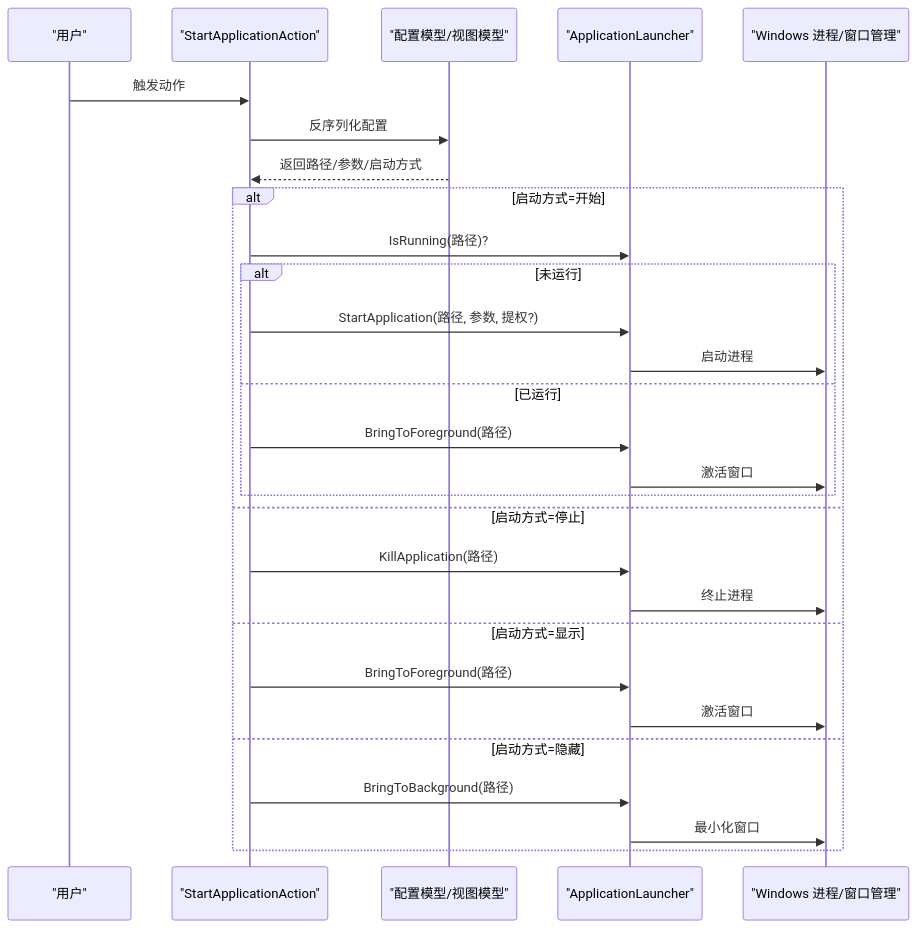
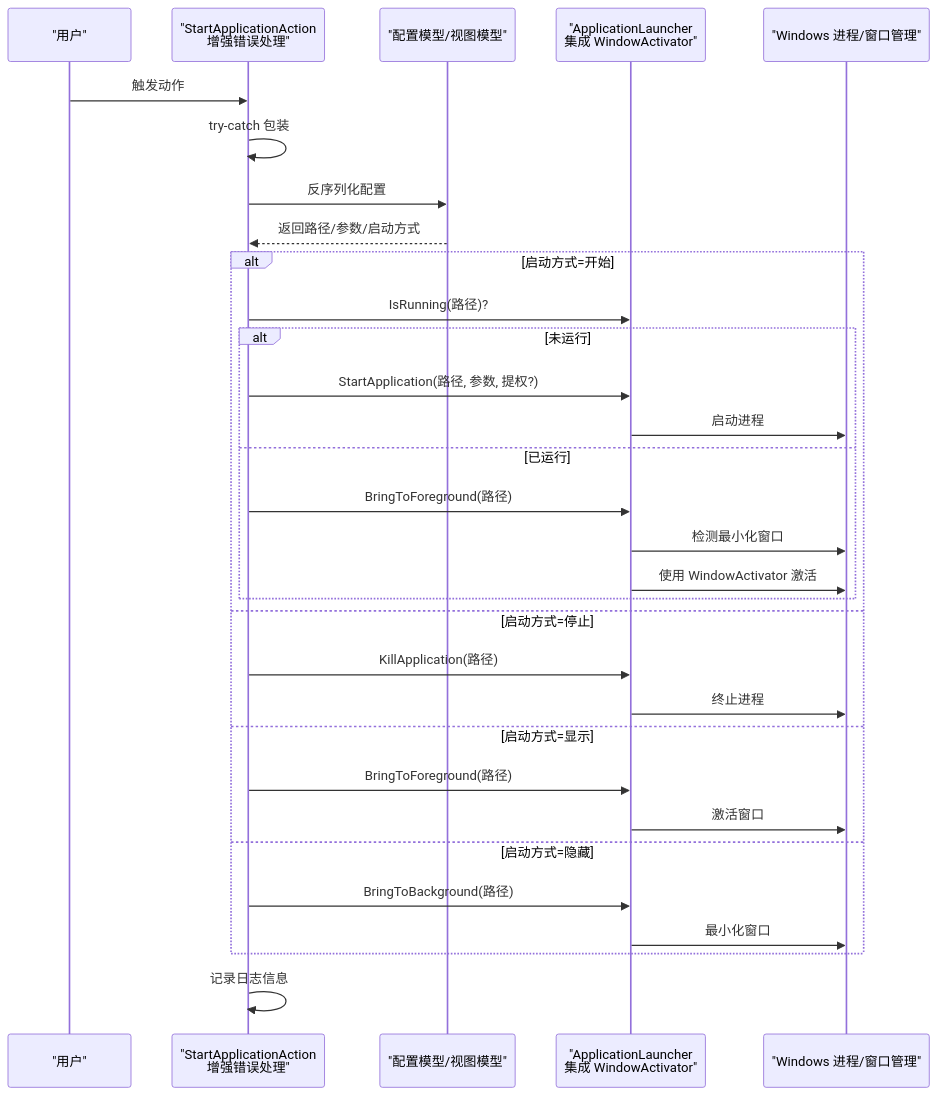
The second of 7 diagrams in .qoder/repowiki/zh/content/核心功能/应用程序管理.md (tea4go/Macro-Deck-Windows-Utils-Plugin), drawn with Mermaid before and after one commit. The commit also changed other lines of this file and 16 other files, not shown here.

````diff
--- a/.qoder/repowiki/zh/content/核心功能/应用程序管理.md
+++ b/.qoder/repowiki/zh/content/核心功能/应用程序管理.md
@@ -126,30 +134,33 @@
 ```mermaid
 sequenceDiagram
 participant U as "用户"
-participant AB as "StartApplicationAction"
+participant AB as "StartApplicationAction<br/>增强错误处理"
 participant CFG as "配置模型/视图模型"
-participant LA as "ApplicationLauncher"
+participant LA as "ApplicationLauncher<br/>集成 WindowActivator"
 participant PS as "Windows 进程/窗口管理"
 U->>AB : 触发动作
+AB->>AB : try-catch 包装
 AB->>CFG : 反序列化配置
 CFG-->>AB : 返回路径/参数/启动方式
 alt 启动方式=开始
 AB->>LA : IsRunning(路径)?
 alt 未运行
 AB->>LA : StartApplication(路径, 参数, 提权?)
 LA->>PS : 启动进程
 else 已运行
 AB->>LA : BringToForeground(路径)
-LA->>PS : 激活窗口
+LA->>PS : 检测最小化窗口
+LA->>PS : 使用 WindowActivator 激活
 end
 else 启动方式=停止
 AB->>LA : KillApplication(路径)
 LA->>PS : 终止进程
 else 启动方式=显示
 AB->>LA : BringToForeground(路径)
 LA->>PS : 激活窗口
 else 启动方式=隐藏
 AB->>LA : BringToBackground(路径)
 LA->>PS : 最小化窗口
 end
+AB->>AB : 记录日志信息
 ```
````
